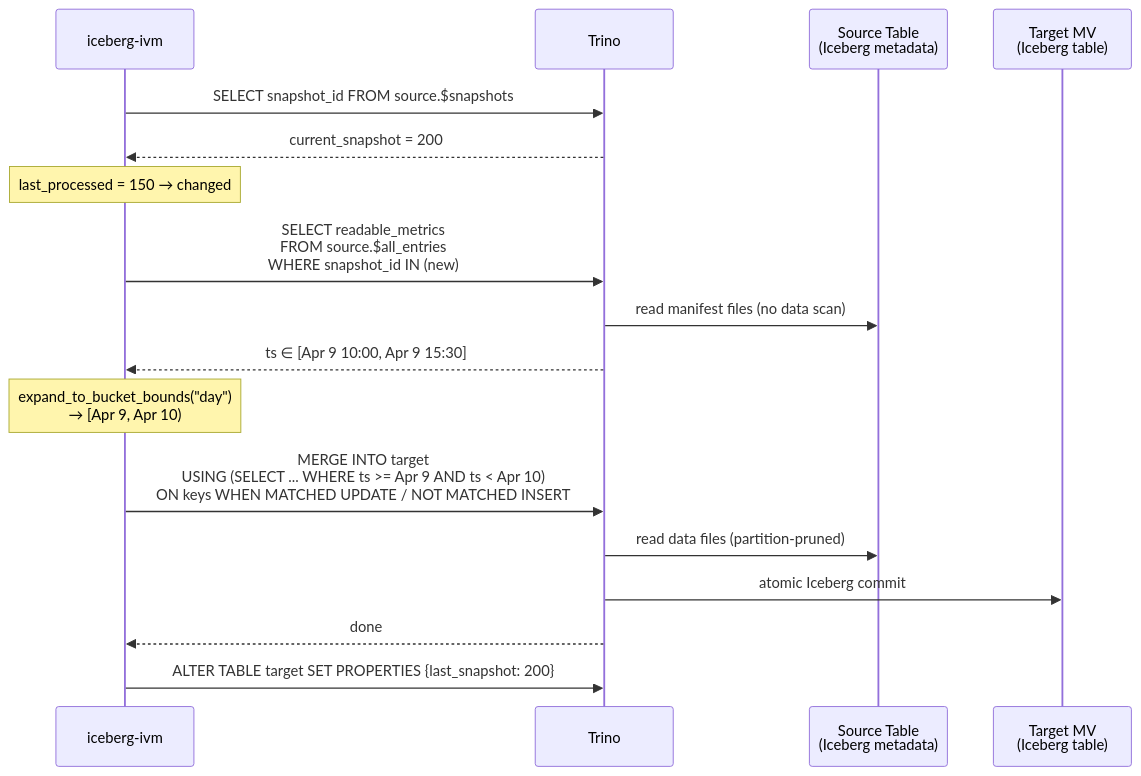
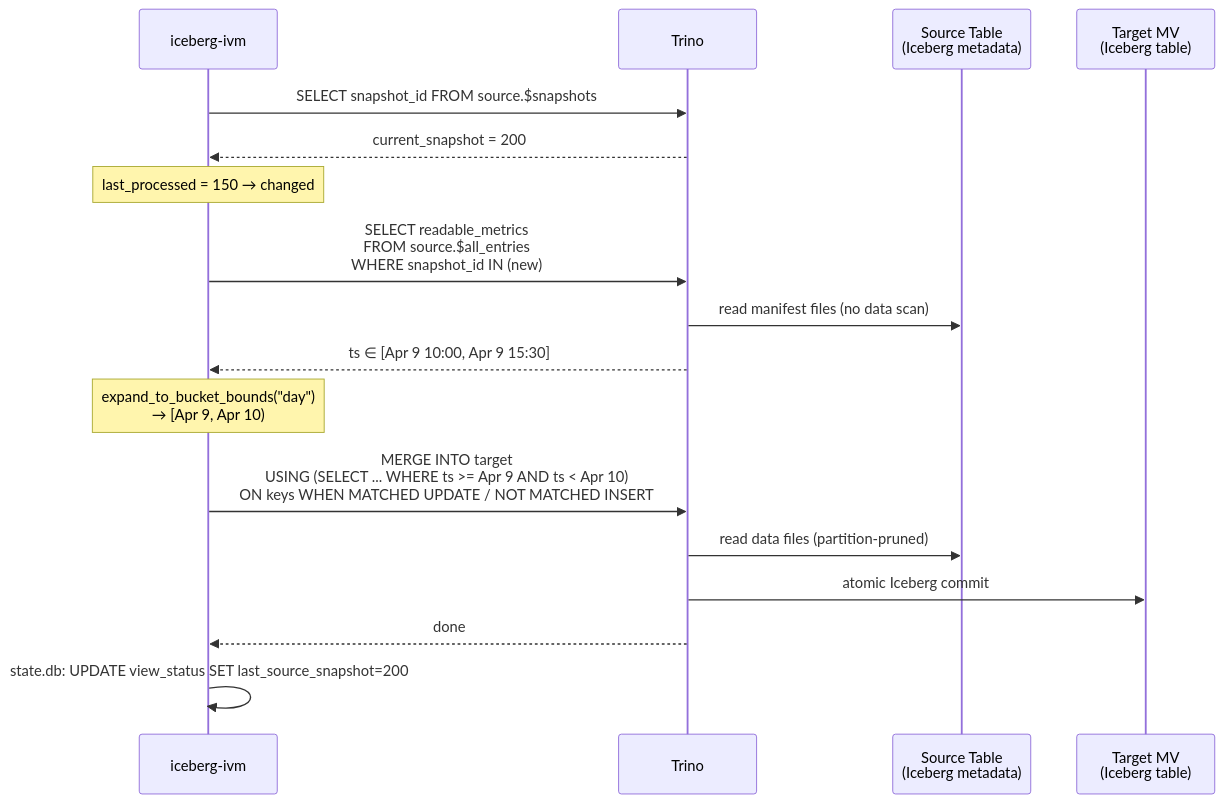
The first of 3 diagrams in README.md (jonasbrami/iceberg-ivm), drawn with Mermaid before and after one commit. The commit also changed other lines of this file and 2 other files, not shown here.

````diff
--- a/README.md
+++ b/README.md
@@ -106,25 +82,25 @@
 ```mermaid
 sequenceDiagram
     participant O as iceberg-ivm
     participant T as Trino
     participant SRC as Source Table<br/>(Iceberg metadata)
     participant TGT as Target MV<br/>(Iceberg table)
 
     O->>T: SELECT snapshot_id FROM source.$snapshots
     T-->>O: current_snapshot = 200
 
     Note over O: last_processed = 150 → changed
 
     O->>T: SELECT readable_metrics<br/>FROM source.$all_entries<br/>WHERE snapshot_id IN (new)
     T->>SRC: read manifest files (no data scan)
     T-->>O: ts ∈ [Apr 9 10:00, Apr 9 15:30]
 
     Note over O: expand_to_bucket_bounds("day")<br/>→ [Apr 9, Apr 10)
 
     O->>T: MERGE INTO target<br/>USING (SELECT ... WHERE ts >= Apr 9 AND ts < Apr 10)<br/>ON keys WHEN MATCHED UPDATE / NOT MATCHED INSERT
     T->>SRC: read data files (partition-pruned)
     T->>TGT: atomic Iceberg commit
     T-->>O: done
 
-    O->>T: ALTER TABLE target SET PROPERTIES {last_snapshot: 200}
+    O->>O: state.db: UPDATE view_status SET last_source_snapshot=200
 ```
````
